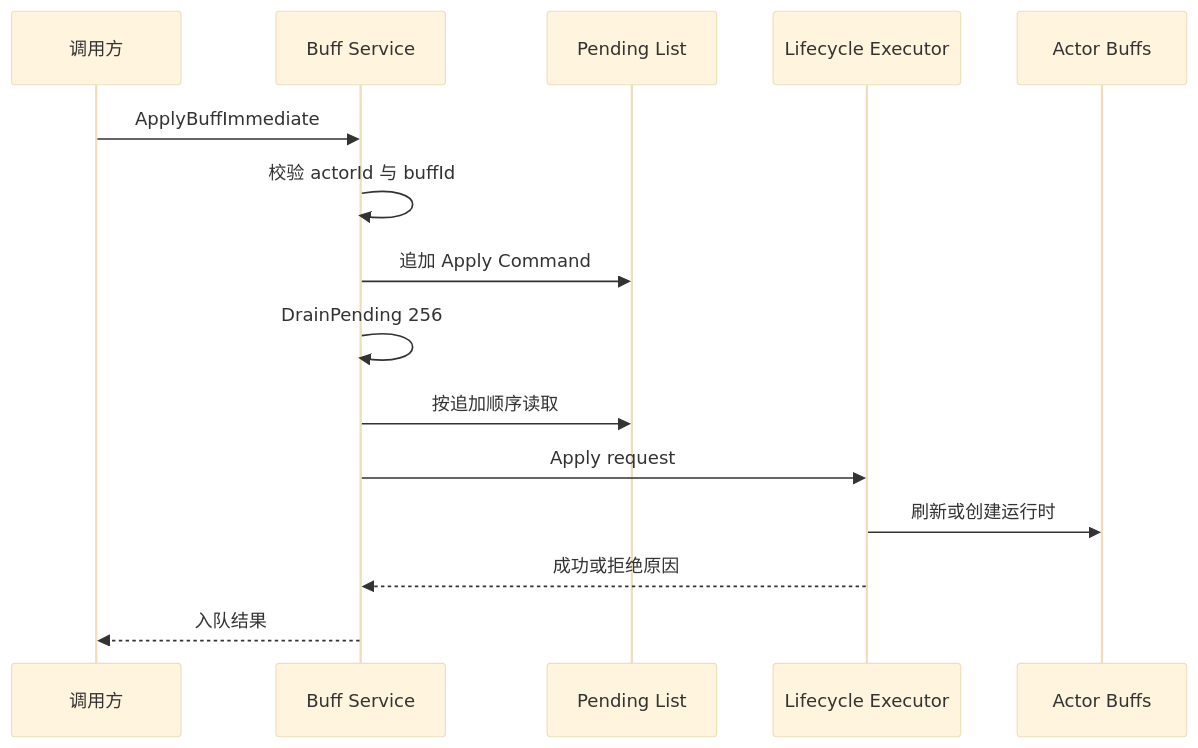
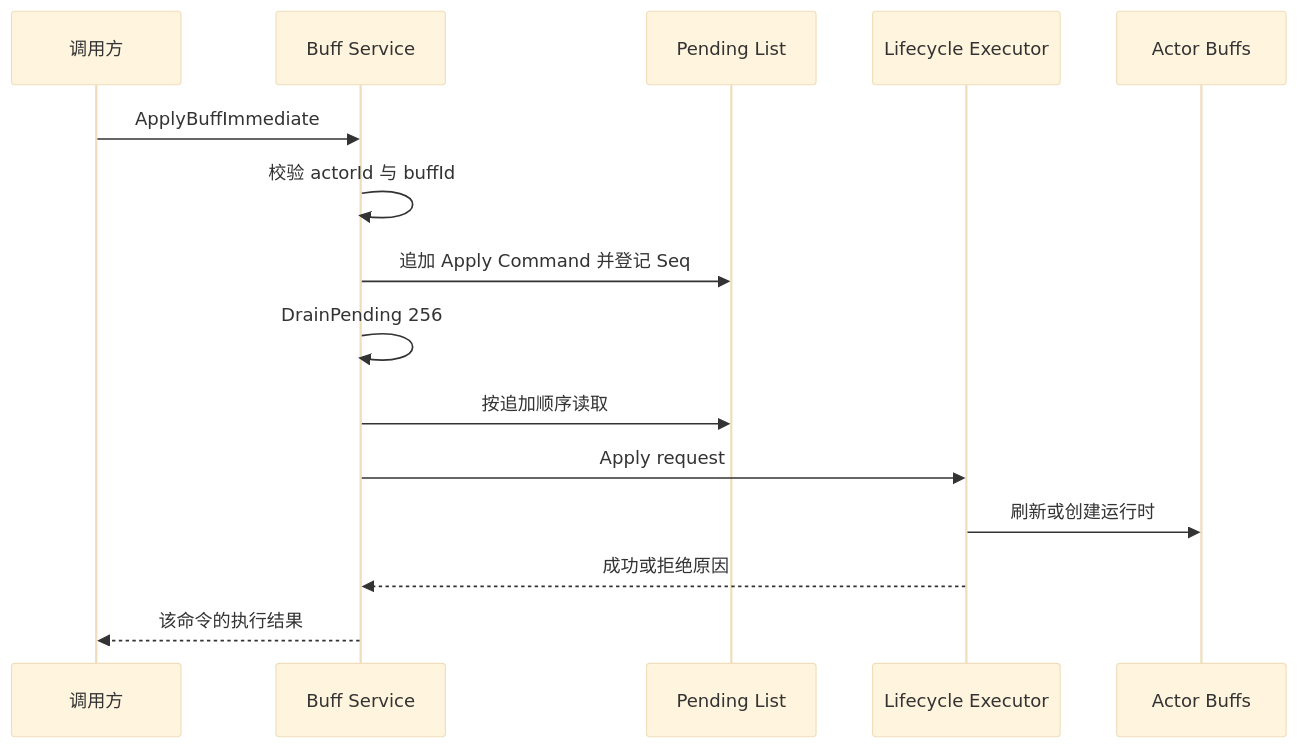
One commit to HOBOBO/AbilityKit changed the second of 5 diagrams in Docs/design/09-ImplementationExamples/MOBA/07-BuffLifecycleDeepDive.md. Above: the diagram before and after it, drawn with Mermaid (base theme). The commit also changed other lines of this file and 525 other files, not shown here.

````diff
--- a/Docs/design/09-ImplementationExamples/MOBA/07-BuffLifecycleDeepDive.md
+++ b/Docs/design/09-ImplementationExamples/MOBA/07-BuffLifecycleDeepDive.md
@@ -68,18 +69,18 @@
 ```mermaid
 sequenceDiagram
     participant Caller as 调用方
     participant Service as Buff Service
     participant Queue as Pending List
     participant Life as Lifecycle Executor
     participant BuffActor as Actor Buffs
 
     Caller->>Service: ApplyBuffImmediate
     Service->>Service: 校验 actorId 与 buffId
-    Service->>Queue: 追加 Apply Command
+    Service->>Queue: 追加 Apply Command 并登记 Seq
     Service->>Service: DrainPending 256
     Service->>Queue: 按追加顺序读取
     Service->>Life: Apply request
     Life->>BuffActor: 刷新或创建运行时
     Life-->>Service: 成功或拒绝原因
-    Service-->>Caller: 入队结果
+    Service-->>Caller: 该命令的执行结果
 ```
````
